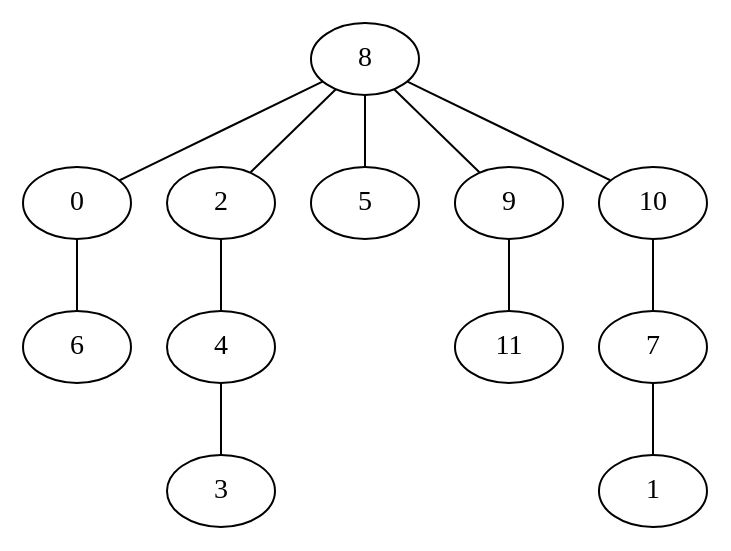
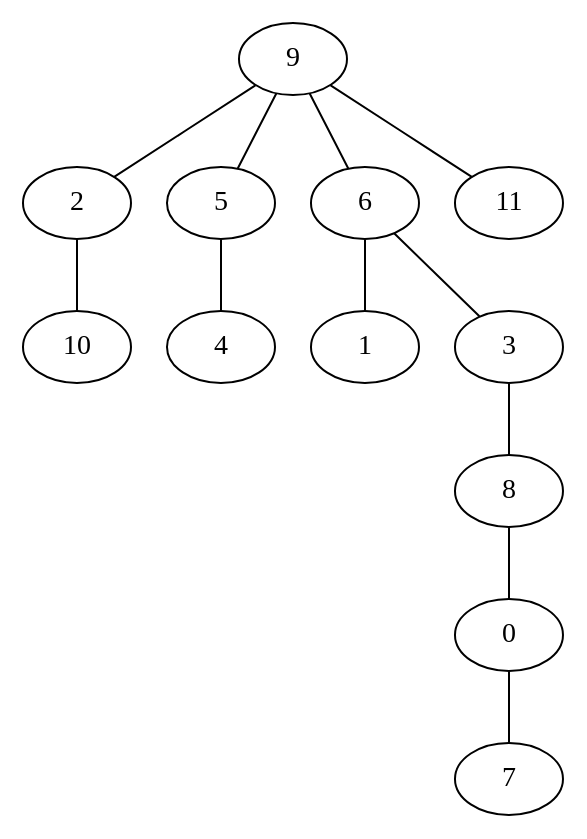
Before and after one commit to VillegasGG/greedy-firefighter-problem: the diagram in experiments/pygrapghviz.dot, drawn with Graphviz. The commit also changed 2 other files, not shown here.

```diff
--- a/experiments/pygrapghviz.dot
+++ b/experiments/pygrapghviz.dot
@@ -1,13 +1,13 @@
 strict graph "" {
+	9 -- 2;
+	9 -- 5;
+	9 -- 6;
+	9 -- 11;
+	2 -- 10;
+	5 -- 4;
+	6 -- 1;
+	6 -- 3;
+	3 -- 8;
 	8 -- 0;
-	8 -- 2;
-	8 -- 5;
-	8 -- 9;
-	8 -- 10;
-	0 -- 6;
-	2 -- 4;
-	9 -- 11;
-	10 -- 7;
-	7 -- 1;
-	4 -- 3;
+	0 -- 7;
 }
```
